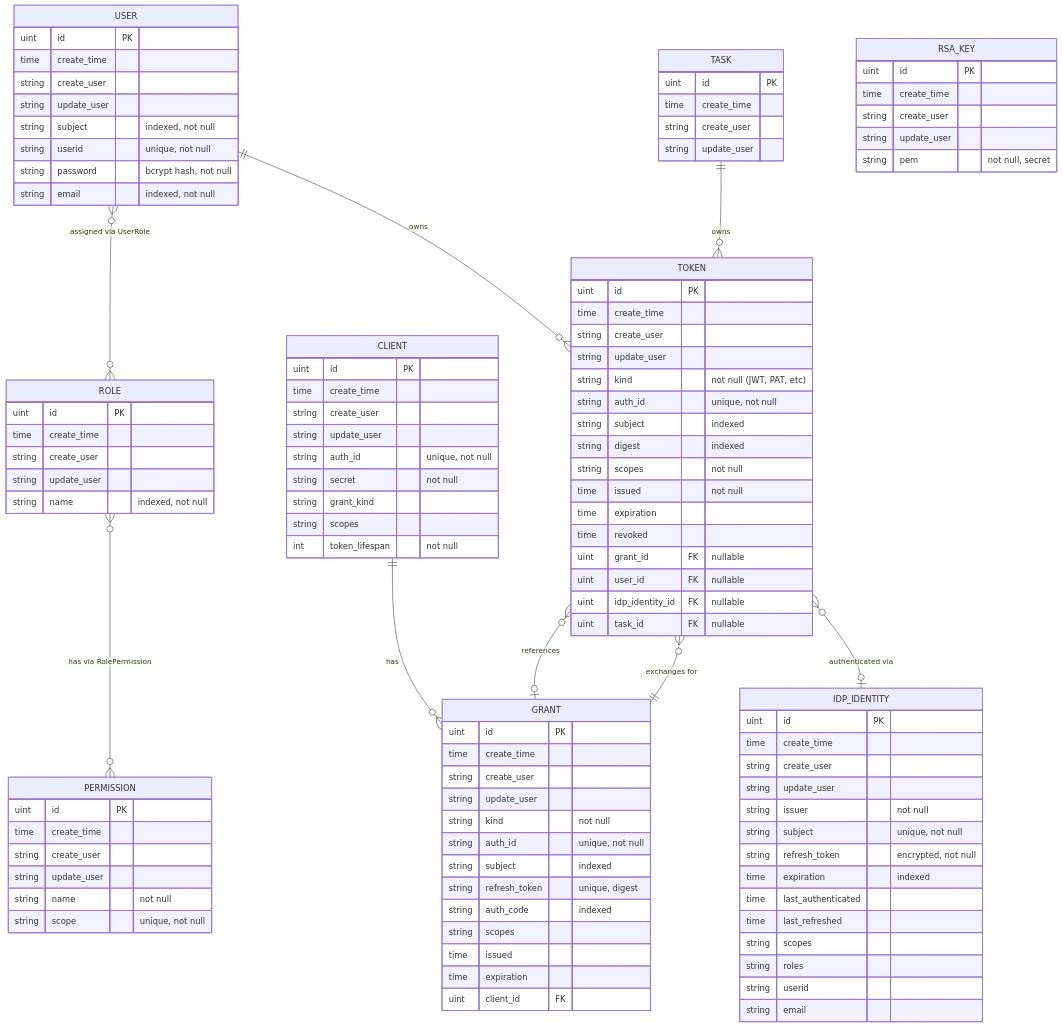
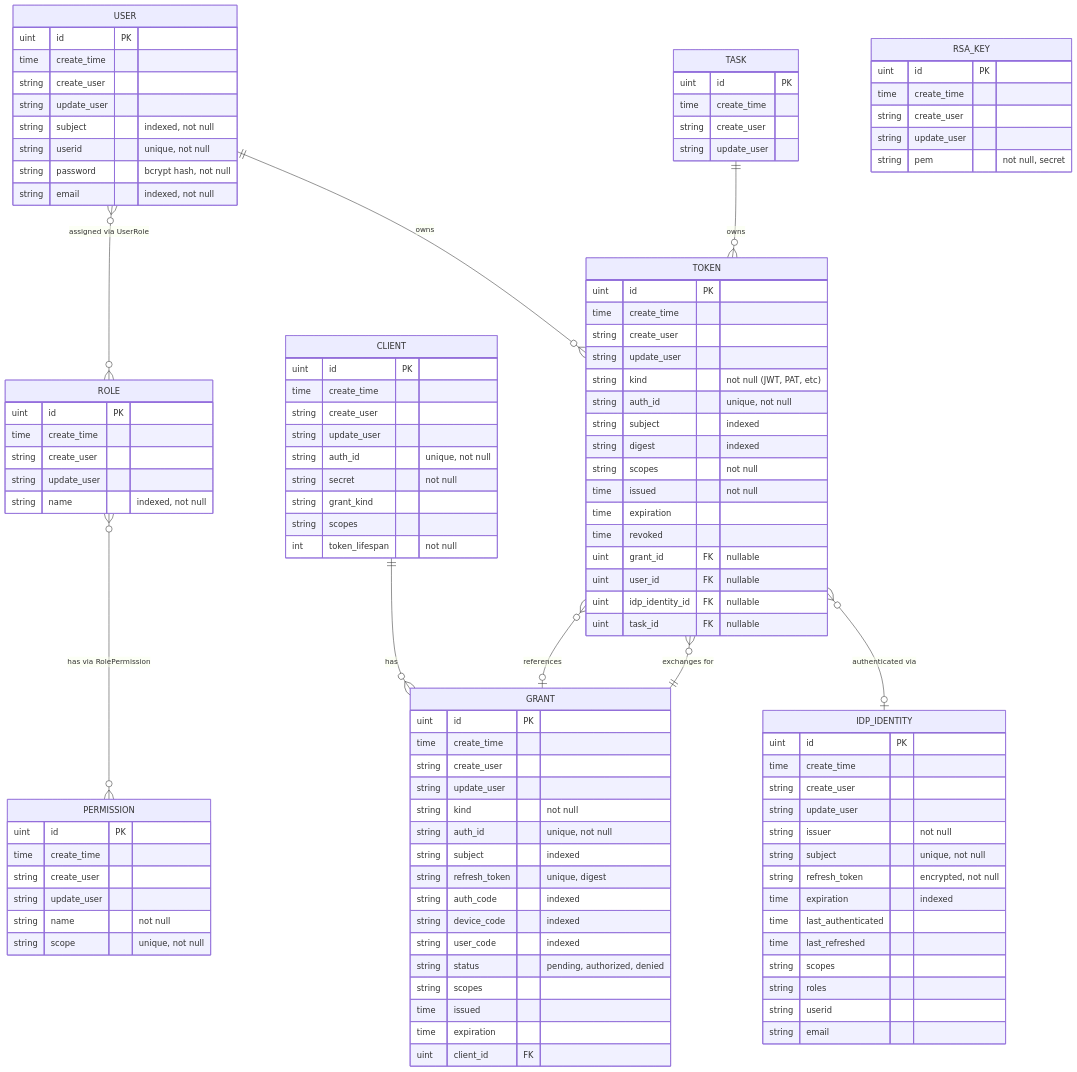
Before and after one commit to konveyor/enhancements: the first of 7 diagrams in enhancements/hub-oidc-provider/DESIGN.md, drawn with Mermaid. The commit also changed other lines of this file, not shown here.

```diff
--- a/enhancements/hub-oidc-provider/DESIGN.md
+++ b/enhancements/hub-oidc-provider/DESIGN.md
@@ -137,6 +139,9 @@
         string subject "indexed"
         string refresh_token "unique, digest"
         string auth_code "indexed"
+        string device_code "indexed"
+        string user_code "indexed"
+        string status "pending, authorized, denied"
         string scopes
         time issued
         time expiration
```
